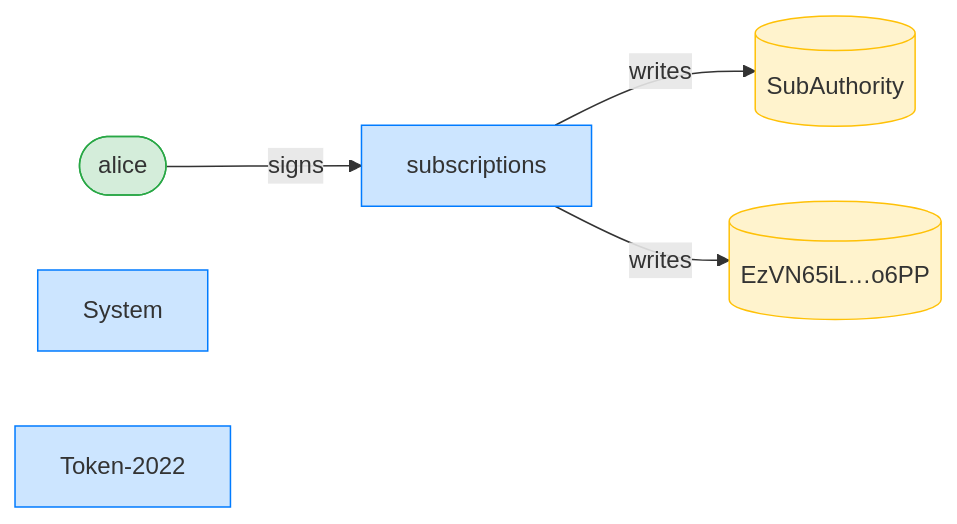
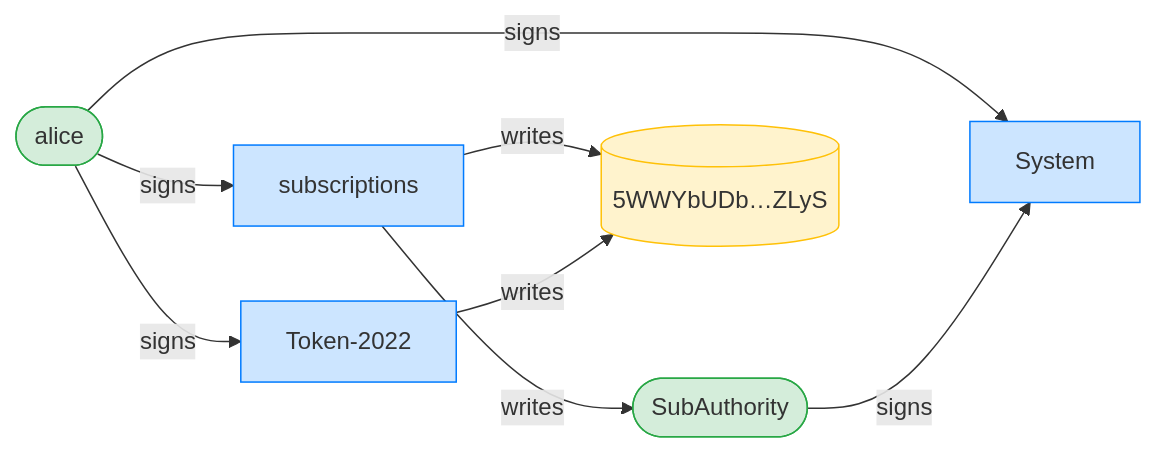
Before and after one commit to cds-rs/subscriptions: the third of 4 diagrams in dsl_tests/initialize-over-a-token-2022-mint---transferhook--.md, drawn with Mermaid. The commit also changed other lines of this file and 224 other files, not shown here.

````diff
--- a/dsl_tests/initialize-over-a-token-2022-mint---transferhook--.md
+++ b/dsl_tests/initialize-over-a-token-2022-mint---transferhook--.md
@@ -55,15 +56,19 @@
 ```mermaid
 flowchart LR
     classDef signer fill:#d4edda,stroke:#28a745;
     classDef program fill:#cce5ff,stroke:#007bff;
     classDef writable fill:#fff3cd,stroke:#ffc107;
     subscriptions[subscriptions]:::program
     alice([alice]):::signer
-    SubAuthority[(SubAuthority)]:::writable
-    EzVN65iL_o6PP[("EzVN65iL…o6PP")]:::writable
+    SubAuthority([SubAuthority]):::signer
+    5WWYbUDb_ZLyS[("5WWYbUDb…ZLyS")]:::writable
     System[System]:::program
     Token_2022["Token-2022"]:::program
     alice -->|signs| subscriptions
+    alice -->|signs| System
+    SubAuthority -->|signs| System
+    alice -->|signs| Token_2022
     subscriptions -->|writes| SubAuthority
-    subscriptions -->|writes| EzVN65iL_o6PP
+    subscriptions -->|writes| 5WWYbUDb_ZLyS
+    Token_2022 -->|writes| 5WWYbUDb_ZLyS
 ```
````
